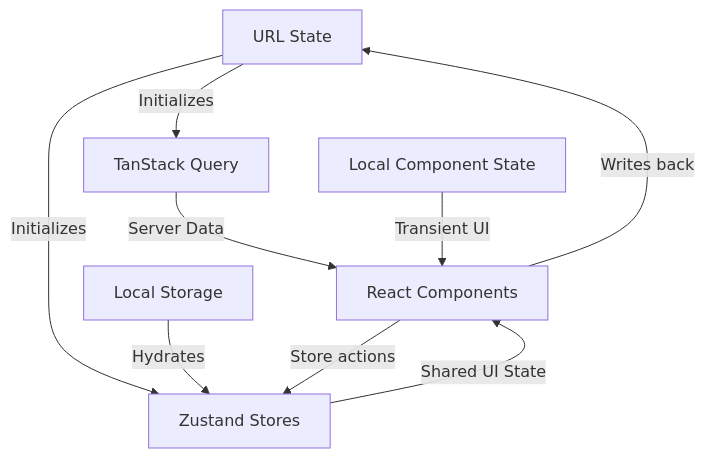
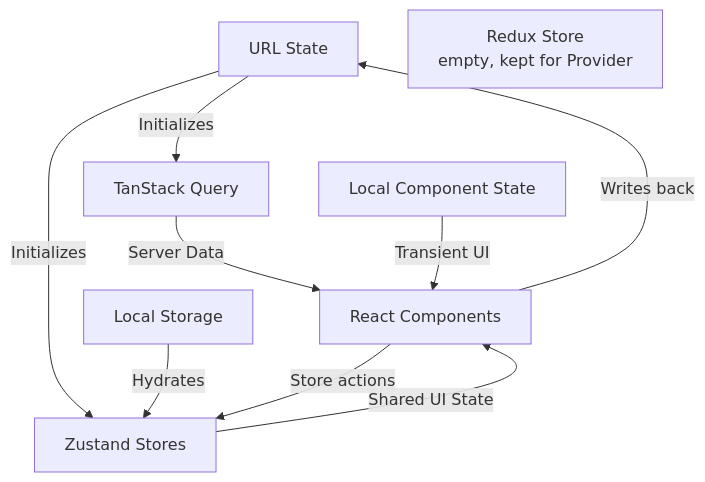
Before and after one commit to jaegertracing/jaeger-ui: the diagram in docs/adr/0005-current-state-management-architecture.md, drawn with Mermaid. The commit also changed 4 other files, not shown here.

First line of the commit message:
test(timeline): Drop stale Redux references from tests and docs

````diff
--- a/docs/adr/0005-current-state-management-architecture.md
+++ b/docs/adr/0005-current-state-management-architecture.md
@@ -28,11 +28,12 @@
 ```mermaid
 graph TD
     A[URL State] -->|Initializes| C[TanStack Query]
     A -->|Initializes| Z[Zustand Stores]
     D[Local Storage] -->|Hydrates| Z
     C -->|Server Data| E[React Components]
     Z -->|Shared UI State| E
     F[Local Component State] -->|Transient UI| E
+    B[Redux Store<br/>empty, kept for Provider]
     E -->|Writes back| A
     E -->|Store actions| Z
 ```
````
